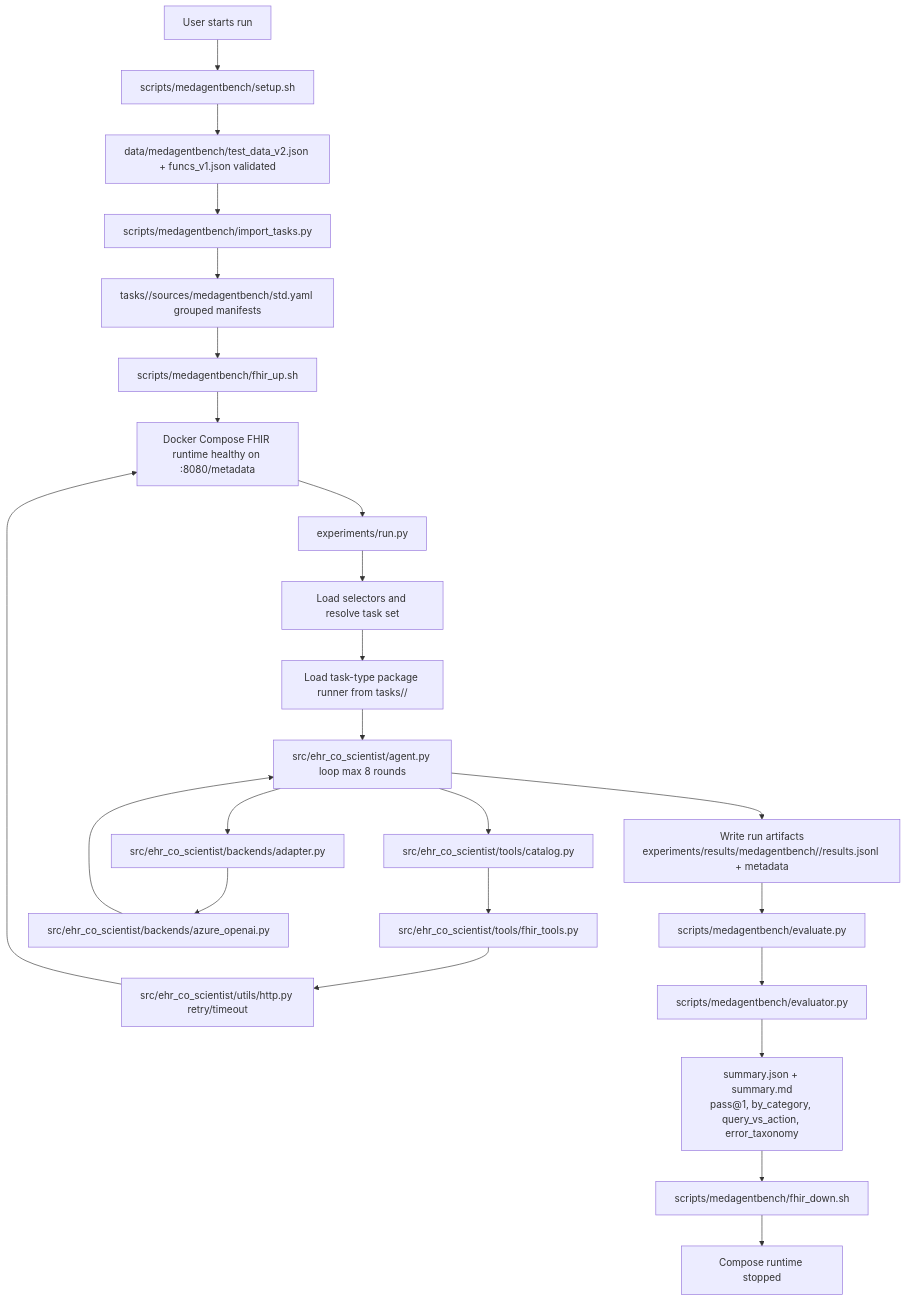
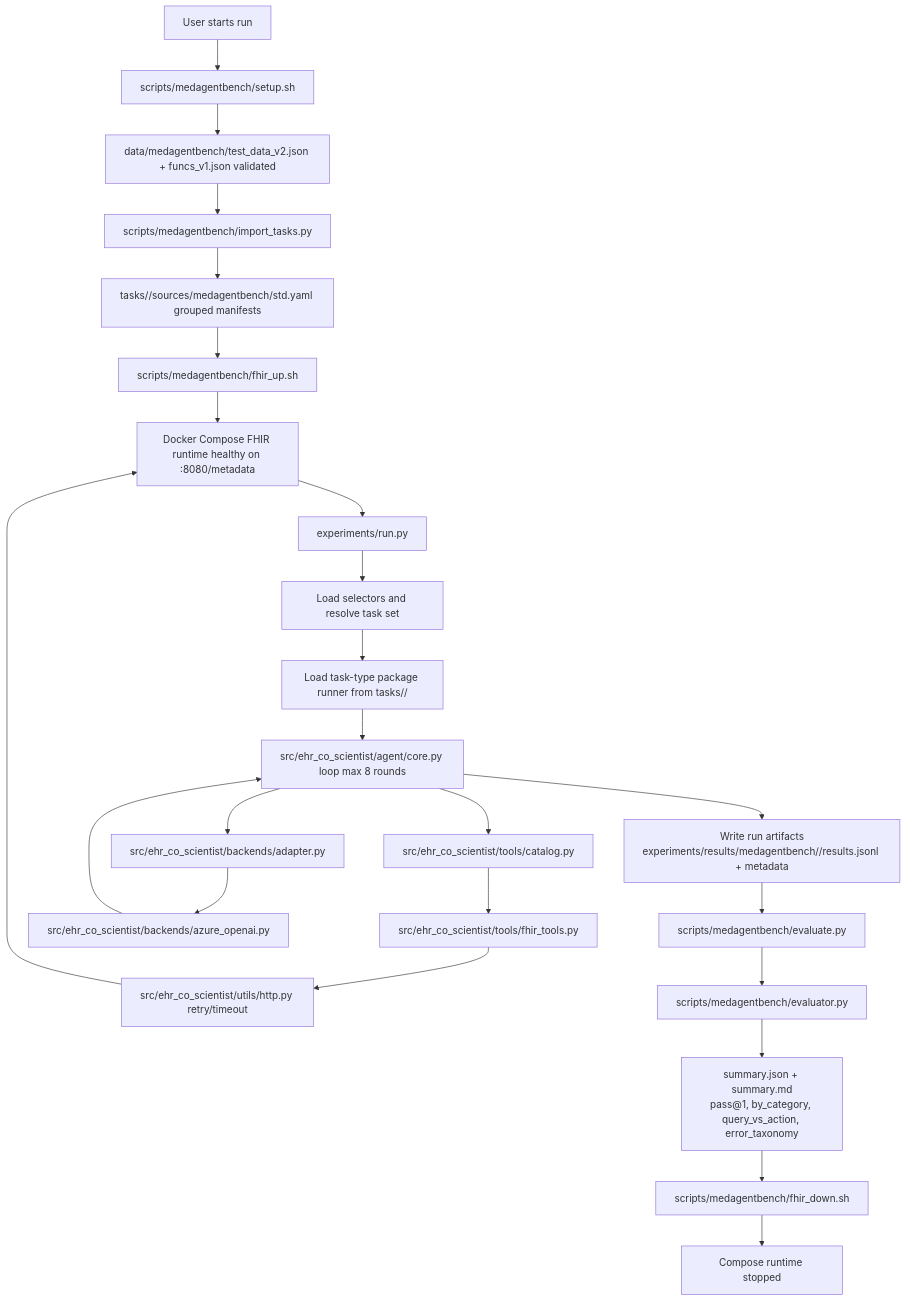
The diagram in design/figures/medagentbench_execution_workflow.md (microsoft/HealthAgentBench), drawn with Mermaid before and after one commit. The commit also changed 15 other files, not shown here.

Commit message:
Refactor agent into package and document core APIs

````diff
--- a/design/figures/medagentbench_execution_workflow.md
+++ b/design/figures/medagentbench_execution_workflow.md
@@ -3,32 +3,32 @@
 ```mermaid
 flowchart TD
     A[User starts run] --> B[scripts/medagentbench/setup.sh]
     B --> C[data/medagentbench/test_data_v2.json + funcs_v1.json validated]
     C --> D[scripts/medagentbench/import_tasks.py]
     D --> E[tasks/<task_type>/sources/medagentbench/std.yaml grouped manifests]
 
     E --> F[scripts/medagentbench/fhir_up.sh]
     F --> G[Docker Compose FHIR runtime healthy on :8080/metadata]
 
     G --> H[experiments/run.py]
     H --> I[Load selectors and resolve task set]
     I --> J[Load task-type package runner from tasks/<task_type>/]
-    J --> K[src/ehr_co_scientist/agent.py loop max 8 rounds]
+    J --> K[src/ehr_co_scientist/agent/core.py loop max 8 rounds]
 
     K --> L[src/ehr_co_scientist/tools/catalog.py]
     L --> M[src/ehr_co_scientist/tools/fhir_tools.py]
     M --> N[src/ehr_co_scientist/utils/http.py retry/timeout]
     N --> G
 
     K --> O[src/ehr_co_scientist/backends/adapter.py]
     O --> P[src/ehr_co_scientist/backends/azure_openai.py]
     P --> K
 
     K --> Q[Write run artifacts\nexperiments/results/medagentbench/<run-id>/results.jsonl + metadata]
     Q --> R[scripts/medagentbench/evaluate.py]
     R --> S[scripts/medagentbench/evaluator.py]
     S --> T[summary.json + summary.md\npass@1, by_category, query_vs_action, error_taxonomy]
 
     T --> U[scripts/medagentbench/fhir_down.sh]
     U --> V[Compose runtime stopped]
 ```
````
